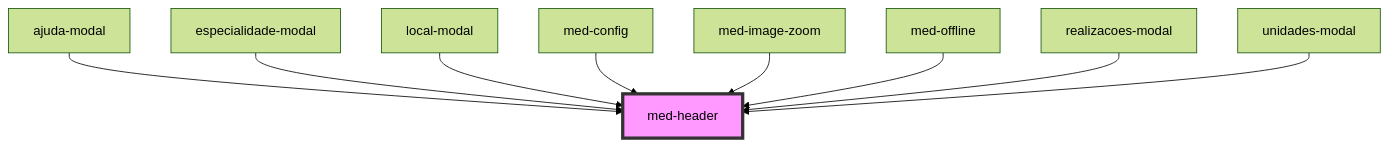
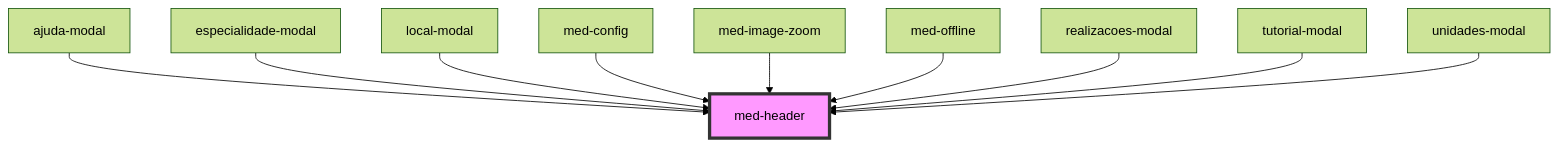
One commit to MEDGRUPOGIT/ionic-framework-1 changed the diagram in core/src/components/@templarios/compositions/med-header/readme.md. Above: the diagram before and after it, drawn with Mermaid (forest theme). The commit also changed other lines of this file and 48 other files, not shown here.

````diff
--- a/core/src/components/@templarios/compositions/med-header/readme.md
+++ b/core/src/components/@templarios/compositions/med-header/readme.md
@@ -29,12 +30,13 @@
 ```mermaid
 graph TD;
   ajuda-modal --> med-header
   especialidade-modal --> med-header
   local-modal --> med-header
   med-config --> med-header
   med-image-zoom --> med-header
   med-offline --> med-header
   realizacoes-modal --> med-header
+  tutorial-modal --> med-header
   unidades-modal --> med-header
   style med-header fill:#f9f,stroke:#333,stroke-width:4px
 ```
````
